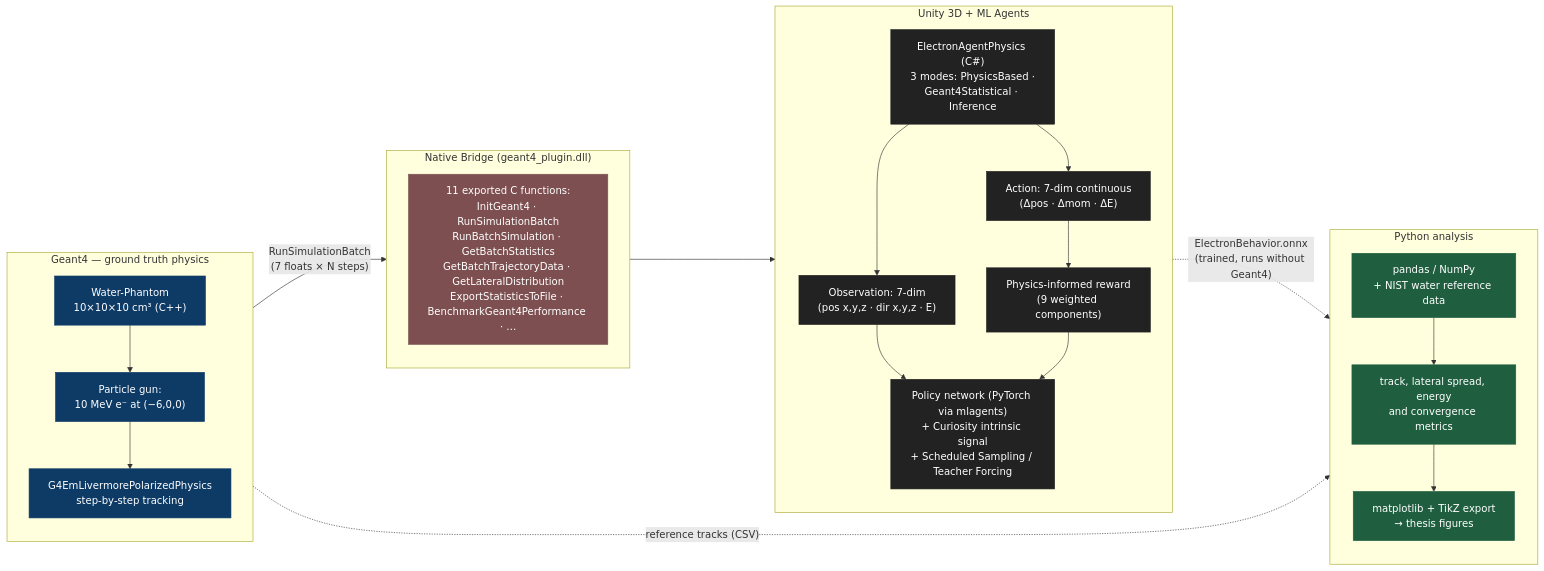
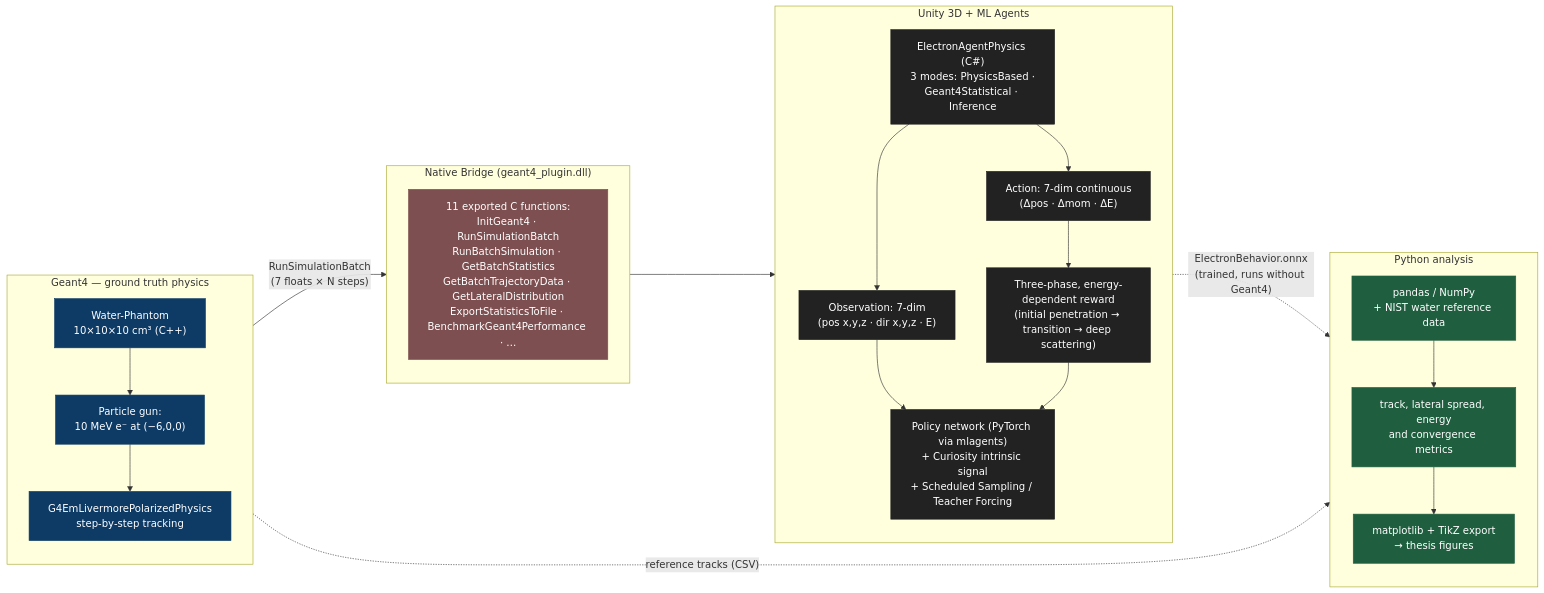
One commit to LeoTheOriginal/Scalable-Pipeline-for-Simulation-Control-and-Data-Collection-Using-Unity-and-Geant4 changed the first of 2 diagrams in README.md. Above: the diagram before and after it, drawn with Mermaid. The commit also changed other lines of this file, not shown here.

````diff
--- a/README.md
+++ b/README.md
@@ -39,49 +39,49 @@
 ```mermaid
 flowchart LR
     subgraph G["Geant4 — ground truth physics"]
         direction TB
         G1["Water-Phantom<br/>10×10×10 cm³ (C++)"]
         G2["Particle gun:<br/>10 MeV e⁻ at (−6,0,0)"]
         G3["G4EmLivermorePolarizedPhysics<br/>step-by-step tracking"]
         G1 --> G2 --> G3
     end
 
     subgraph B["Native Bridge (geant4_plugin.dll)"]
         direction TB
         B1["11 exported C functions:<br/>InitGeant4 · RunSimulationBatch<br/>RunBatchSimulation · GetBatchStatistics<br/>GetBatchTrajectoryData · GetLateralDistribution<br/>ExportStatisticsToFile · BenchmarkGeant4Performance · …"]
     end
 
     subgraph U["Unity 3D + ML Agents"]
         direction TB
         U1["ElectronAgentPhysics (C#)<br/>3 modes: PhysicsBased ·<br/>Geant4Statistical · Inference"]
         U2["Observation: 7-dim<br/>(pos x,y,z · dir x,y,z · E)"]
         U3["Action: 7-dim continuous<br/>(Δpos · Δmom · ΔE)"]
-        U4["Physics-informed reward<br/>(9 weighted components)"]
+        U4["Three-phase, energy-dependent reward<br/>(initial penetration → transition → deep scattering)"]
         U5["Policy network (PyTorch via mlagents)<br/>+ Curiosity intrinsic signal<br/>+ Scheduled Sampling / Teacher Forcing"]
         U1 --> U2 & U3
         U2 --> U5
         U3 --> U4 --> U5
     end
 
     subgraph A["Python analysis"]
         direction TB
         A1["pandas / NumPy<br/>+ NIST water reference data"]
         A2["track, lateral spread, energy<br/>and convergence metrics"]
         A3["matplotlib + TikZ export<br/>→ thesis figures"]
         A1 --> A2 --> A3
     end
 
     G3 -- "RunSimulationBatch<br/>(7 floats × N steps)" --> B1
     B1 --> U1
     U5 -. "ElectronBehavior.onnx<br/>(trained, runs without Geant4)" .-> A1
     G3 -. "reference tracks (CSV)" .-> A1
 
     classDef g fill:#0d3b66,stroke:#0d3b66,color:#fff;
     classDef b fill:#7d4f50,stroke:#7d4f50,color:#fff;
     classDef u fill:#222,stroke:#222,color:#fff;
     classDef a fill:#1f5f3f,stroke:#1f5f3f,color:#fff;
     class G1,G2,G3 g;
     class B1 b;
     class U1,U2,U3,U4,U5 u;
     class A1,A2,A3 a;
 ```
````
